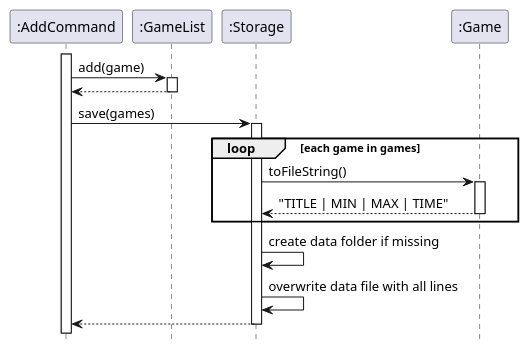
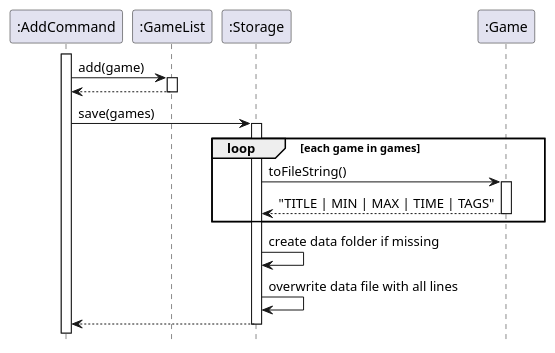
Before and after one commit to AY2627S1-CS2113-T11-4/tp: the diagram in docs/diagrams/StorageSaveSequence.puml, drawn with PlantUML. The commit also changed 4 other files, not shown here.

```diff
--- a/docs/diagrams/StorageSaveSequence.puml
+++ b/docs/diagrams/StorageSaveSequence.puml
@@ -1,28 +1,28 @@
 @startuml
 ' Saving games after a command changes the collection (add shown here)
 hide footbox
 
 participant ":AddCommand" as C
 participant ":GameList" as GL
 participant ":Storage" as S
 participant ":Game" as G
 
 activate C
 C -> GL : add(game)
 activate GL
 GL --> C
 deactivate GL
 
 C -> S : save(games)
 activate S
 loop each game in games
   S -> G : toFileString()
   activate G
-  G --> S : "TITLE | MIN | MAX | TIME"
+  G --> S : "TITLE | MIN | MAX | TIME | TAGS"
   deactivate G
 end
 S -> S : create data folder if missing
 S -> S : overwrite data file with all lines
 S --> C
 deactivate S
 @enduml
```
